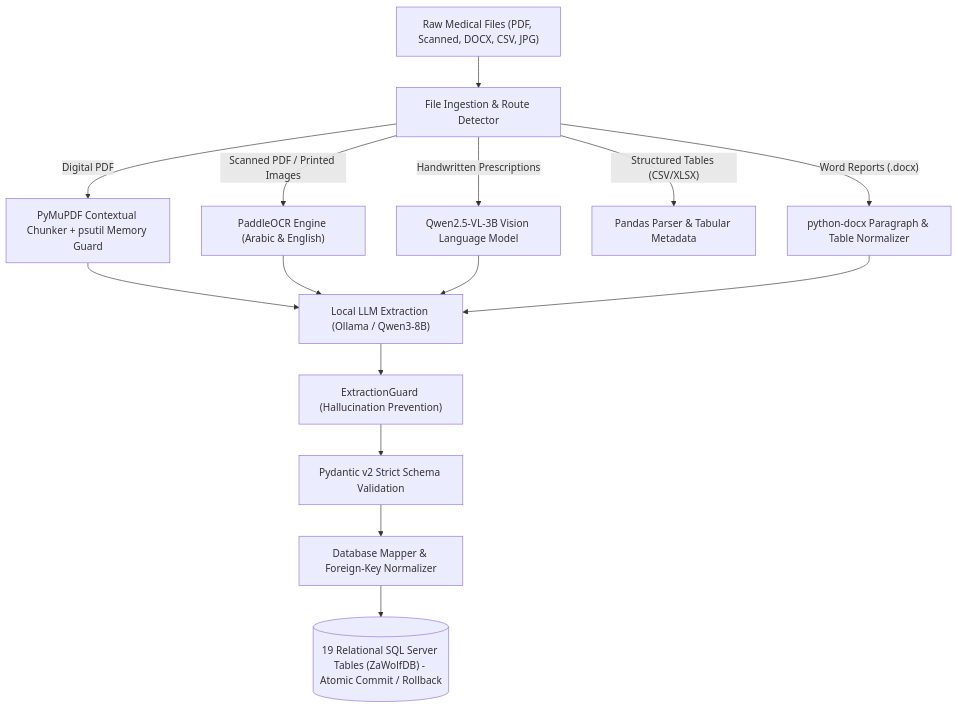
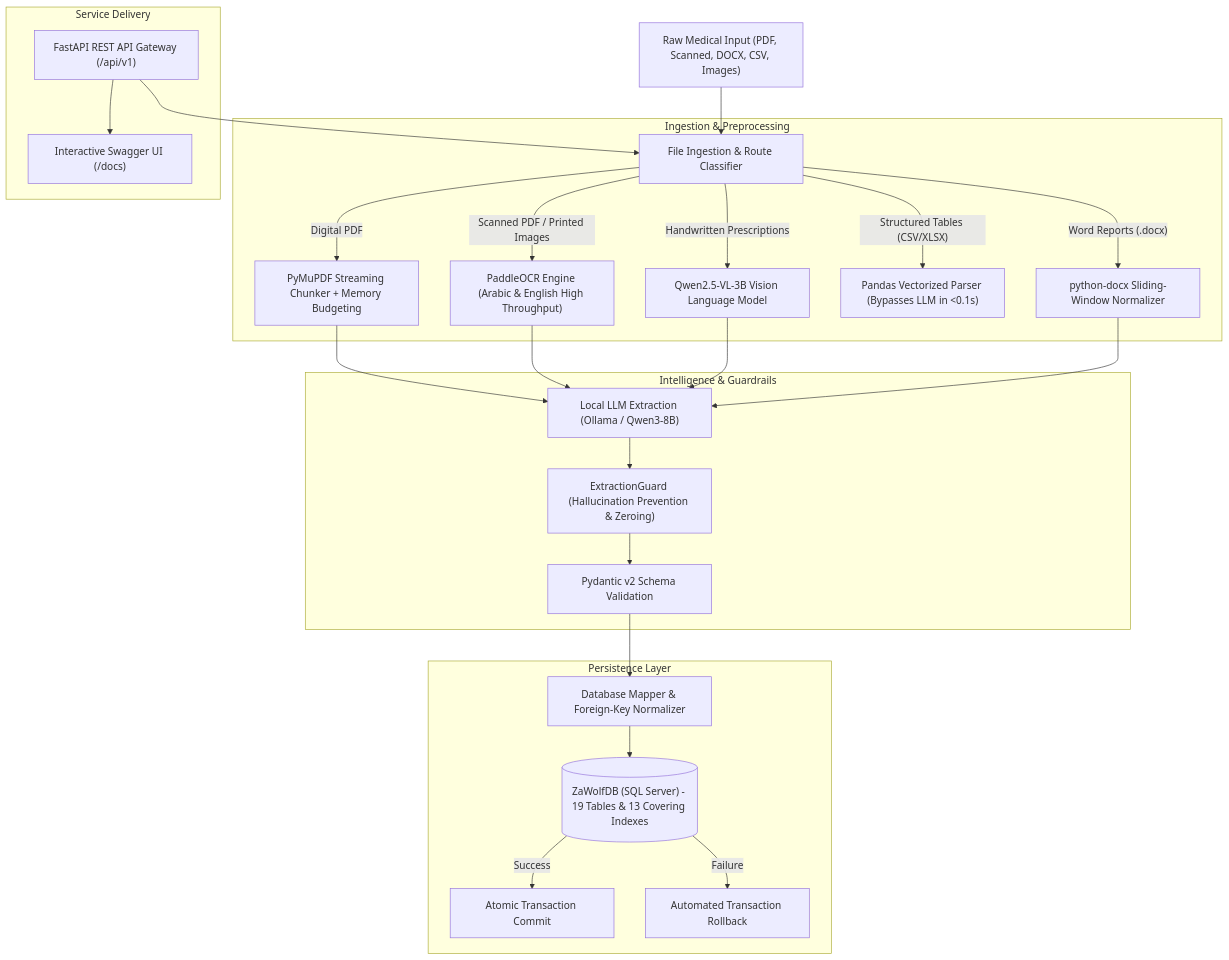
One commit to saadtamer/ZaWolf-Medical-Document-Processing-Pipeline changed the diagram in README.md. Above: the diagram before and after it, drawn with Mermaid. The commit also changed other lines of this file and 14 other files, not shown here.

````diff
--- a/README.md
+++ b/README.md
@@ -28,18 +32,30 @@
 ```mermaid
 flowchart TD
-    A["Raw Medical Files (PDF, Scanned, DOCX, CSV, JPG)"] --> B["File Ingestion & Route Detector"]
+    A["Raw Medical Input (PDF, Scanned, DOCX, CSV, Images)"] --> B["File Ingestion & Route Classifier"]
     
-    B -->|"Digital PDF"| C1["PyMuPDF Contextual Chunker + psutil Memory Guard"]
-    B -->|"Scanned PDF / Printed Images"| C2["PaddleOCR Engine (Arabic & English)"]
-    B -->|"Handwritten Prescriptions"| C3["Qwen2.5-VL-3B Vision Language Model"]
-    B -->|"Structured Tables (CSV/XLSX)"| C4["Pandas Parser & Tabular Metadata"]
-    B -->|"Word Reports (.docx)"| C5["python-docx Paragraph & Table Normalizer"]
+    subgraph Ingestion & Preprocessing
+        B -->|"Digital PDF"| C1["PyMuPDF Streaming Chunker + Memory Budgeting"]
+        B -->|"Scanned PDF / Printed Images"| C2["PaddleOCR Engine (Arabic & English High Throughput)"]
+        B -->|"Handwritten Prescriptions"| C3["Qwen2.5-VL-3B Vision Language Model"]
+        B -->|"Structured Tables (CSV/XLSX)"| C4["Pandas Vectorized Parser (Bypasses LLM in <0.1s)"]
+        B -->|"Word Reports (.docx)"| C5["python-docx Sliding-Window Normalizer"]
+    end
     
-    C1 & C2 & C3 & C5 --> D["Local LLM Extraction (Ollama / Qwen3-8B)"]
+    subgraph Intelligence & Guardrails
+        C1 & C2 & C3 & C5 --> D["Local LLM Extraction (Ollama / Qwen3-8B)"]
+        D --> E["ExtractionGuard (Hallucination Prevention & Zeroing)"]
+        E --> F["Pydantic v2 Schema Validation"]
+    end
     
-    D --> E["ExtractionGuard (Hallucination Prevention)"]
-    E --> F["Pydantic v2 Strict Schema Validation"]
-    
-    F --> G["Database Mapper & Foreign-Key Normalizer"]
-    G --> H[("19 Relational SQL Server Tables (ZaWolfDB) - Atomic Commit / Rollback")]
+    subgraph Persistence Layer
+        F --> G["Database Mapper & Foreign-Key Normalizer"]
+        G --> H[("ZaWolfDB (SQL Server) - 19 Tables & 13 Covering Indexes")]
+        H -->|"Success"| I["Atomic Transaction Commit"]
+        H -->|"Failure"| J["Automated Transaction Rollback"]
+    end
+
+    subgraph Service Delivery
+        K["FastAPI REST API Gateway (/api/v1)"] --> B
+        K --> L["Interactive Swagger UI (/docs)"]
+    end
 ```
````
